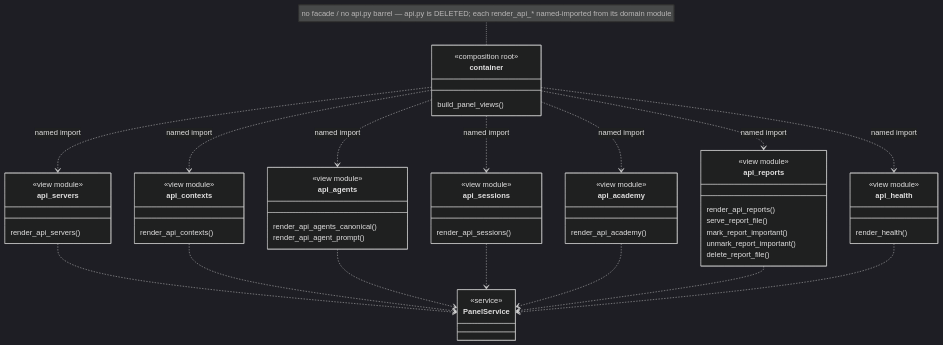
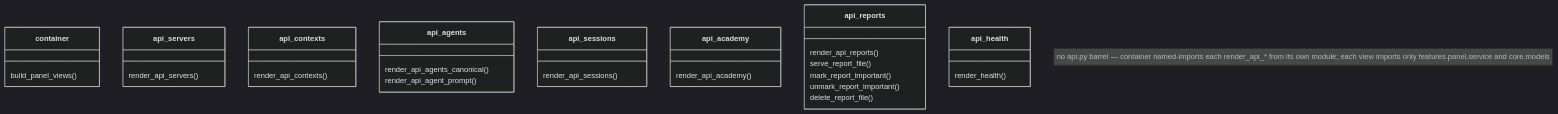
Before and after one commit to marcoaureliomenezes/dadaia-workspace: the third of 3 diagrams in specs/memory/ARCHITECTURE.md, drawn with Mermaid (dark theme). The commit also changed other lines of this file and 27 other files, not shown here.

````diff
--- a/specs/memory/ARCHITECTURE.md
+++ b/specs/memory/ARCHITECTURE.md
@@ -281,60 +135,17 @@
 ```mermaid
 classDiagram
-    class PanelService {
-        <<service>>
-    }
-    class container {
-        <<composition root>>
-        build_panel_views()
-    }
-    class api_servers {
-        <<view module>>
-        render_api_servers()
-    }
-    class api_contexts {
-        <<view module>>
-        render_api_contexts()
-    }
-    class api_agents {
-        <<view module>>
-        render_api_agents_canonical()
-        render_api_agent_prompt()
-    }
-    class api_sessions {
-        <<view module>>
-        render_api_sessions()
-    }
-    class api_academy {
-        <<view module>>
-        render_api_academy()
-    }
-    class api_reports {
-        <<view module>>
-        render_api_reports()
-        serve_report_file()
-        mark_report_important()
-        unmark_report_important()
-        delete_report_file()
-    }
-    class api_health {
-        <<view module>>
-        render_health()
-    }
-
-    container ..> api_servers : named import
-    container ..> api_contexts : named import
-    container ..> api_agents : named import
-    container ..> api_sessions : named import
-    container ..> api_academy : named import
-    container ..> api_reports : named import
-    container ..> api_health : named import
-    api_servers ..> PanelService
-    api_contexts ..> PanelService
-    api_agents ..> PanelService
-    api_sessions ..> PanelService
-    api_academy ..> PanelService
-    api_reports ..> PanelService
-    api_health ..> PanelService
-
-    note for container "no facade / no api.py barrel — api.py is DELETED; each render_api_* named-imported from its domain module"
+    container : build_panel_views()
+    api_servers : render_api_servers()
+    api_contexts : render_api_contexts()
+    api_agents : render_api_agents_canonical()
+    api_agents : render_api_agent_prompt()
+    api_sessions : render_api_sessions()
+    api_academy : render_api_academy()
+    api_reports : render_api_reports()
+    api_reports : serve_report_file()
+    api_reports : mark_report_important()
+    api_reports : unmark_report_important()
+    api_reports : delete_report_file()
+    api_health : render_health()
+    note "no api.py barrel — container named-imports each render_api_* from its own module; each view imports only features.panel.service and core.models"
 ```
````
